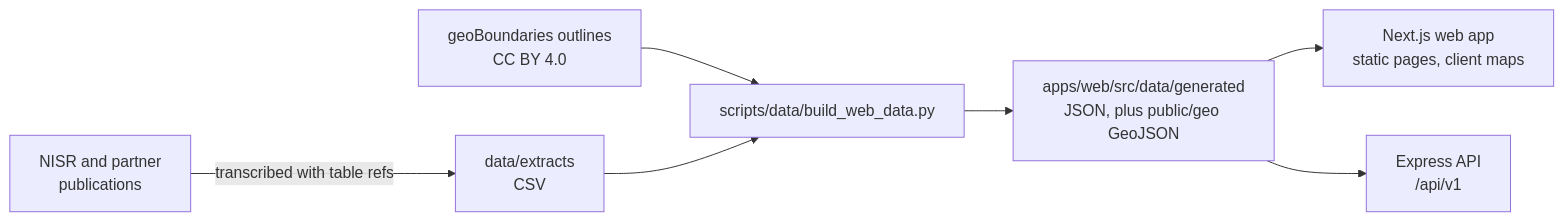
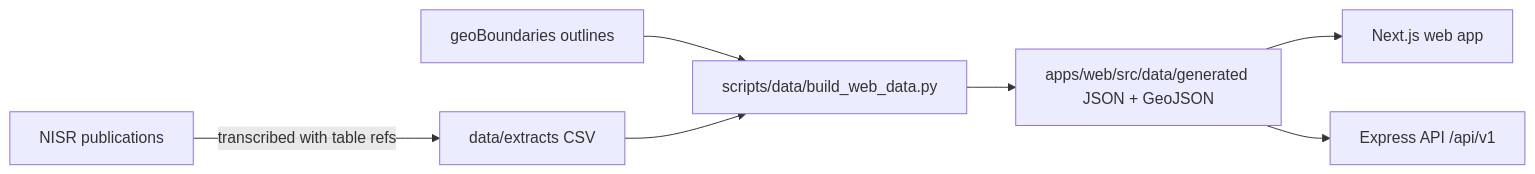
The diagram in README.md (dieumerci-niyonkuru/imbonix-nisr-hackathon-2026), drawn with Mermaid before and after one commit. The commit also changed other lines of this file and 33 other files, not shown here.

First line of the commit message:
feat: homepage charts with download, simplified titles, language switcher, on-device AI

````diff
--- a/README.md
+++ b/README.md
@@ -181,9 +134,9 @@
 ```mermaid
 flowchart LR
-  A[NISR and partner<br>publications] -->|transcribed with table refs| B[data/extracts<br>CSV]
-  G[geoBoundaries outlines<br>CC BY 4.0] --> S
+  A[NISR publications] -->|transcribed with table refs| B[data/extracts CSV]
+  G[geoBoundaries outlines] --> S
   B --> S[scripts/data/build_web_data.py]
-  S --> C[apps/web/src/data/generated<br>JSON, plus public/geo GeoJSON]
-  C --> D[Next.js web app<br>static pages, client maps]
-  C --> E[Express API<br>/api/v1]
+  S --> C[apps/web/src/data/generated JSON + GeoJSON]
+  C --> D[Next.js web app]
+  C --> E[Express API /api/v1]
 ```
````
